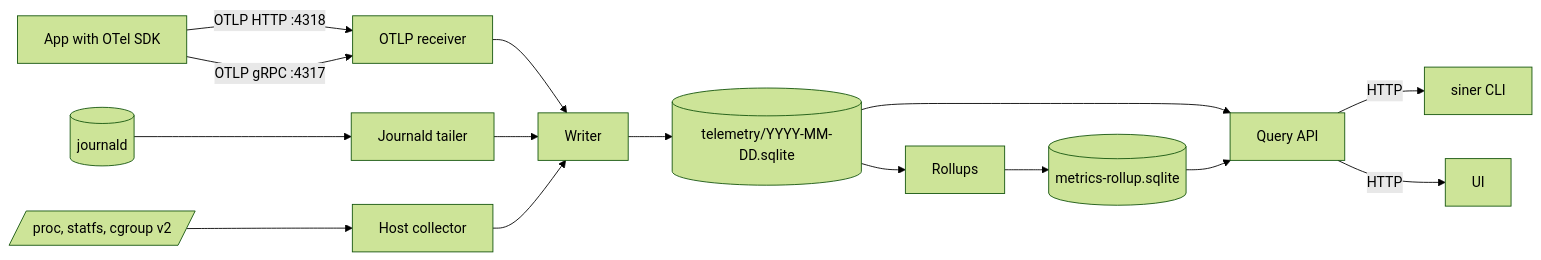
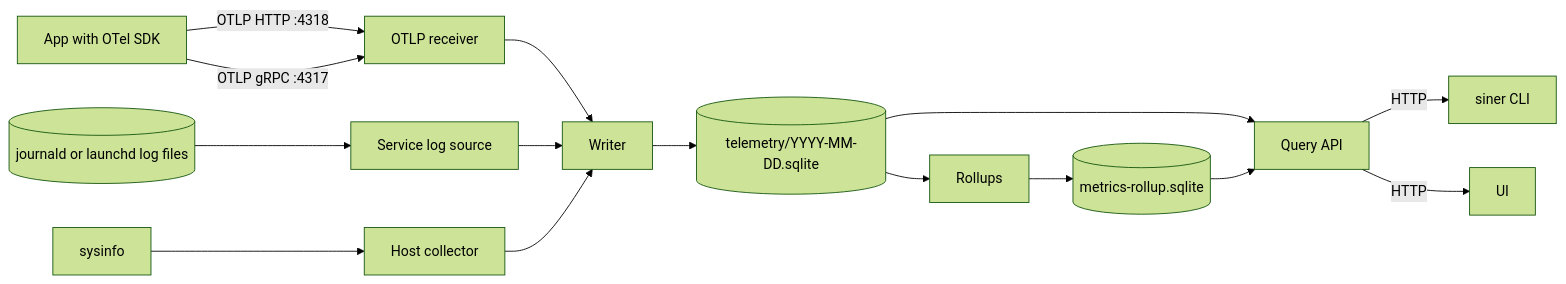
Before and after one commit to sukovanej/otelo: the first of 2 diagrams in docs/telemetry.md, drawn with Mermaid (forest theme). The commit also changed other lines of this file, not shown here.

Commit message:
doc telemetry: edit
Via: claude-code

````diff
--- a/docs/telemetry.md
+++ b/docs/telemetry.md
@@ -9,17 +9,17 @@
 ```mermaid
 flowchart LR
   app[App with OTel SDK] -->|OTLP HTTP :4318| recv[OTLP receiver]
   app -->|OTLP gRPC :4317| recv
-  journal[(journald)] --> tail[Journald tailer]
-  proc[/proc, statfs, cgroup v2/] --> host[Host collector]
+  journal[(journald or launchd log files)] --> tail[Service log source]
+  sys[sysinfo] --> host[Host collector]
   recv --> writer[Writer]
   tail --> writer
   host --> writer
   writer --> day[(telemetry/YYYY-MM-DD.sqlite)]
   day --> rollup[Rollups]
   rollup --> agg[(metrics-rollup.sqlite)]
   day --> api[Query API]
   agg --> api
   api -->|HTTP| cli[siner CLI]
   api -->|HTTP| ui[UI]
 ```
````
